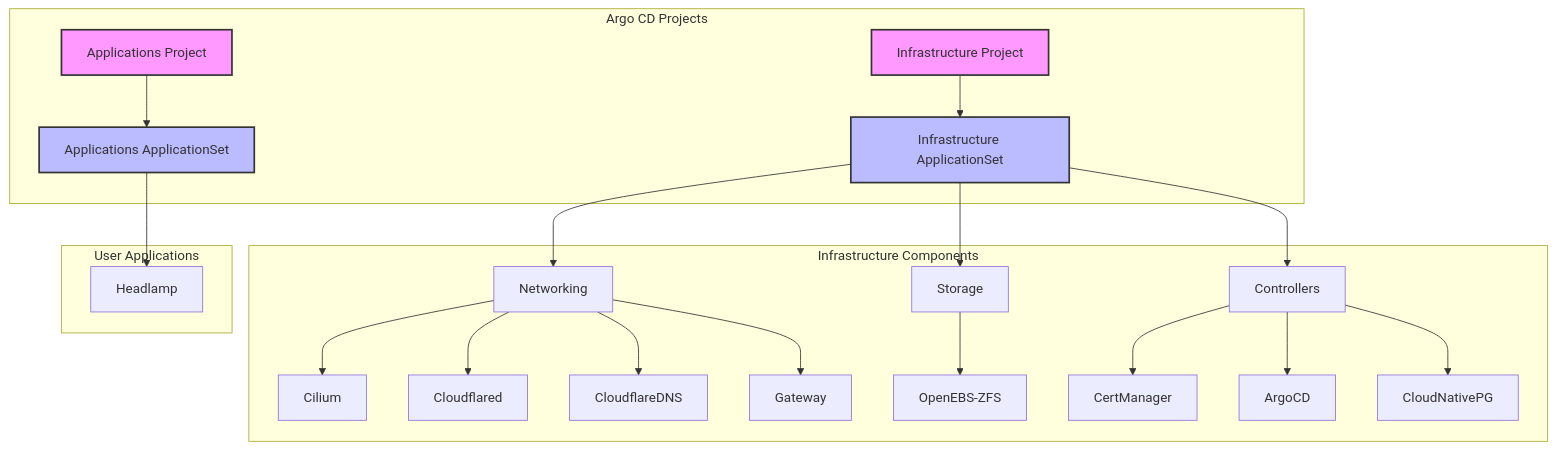
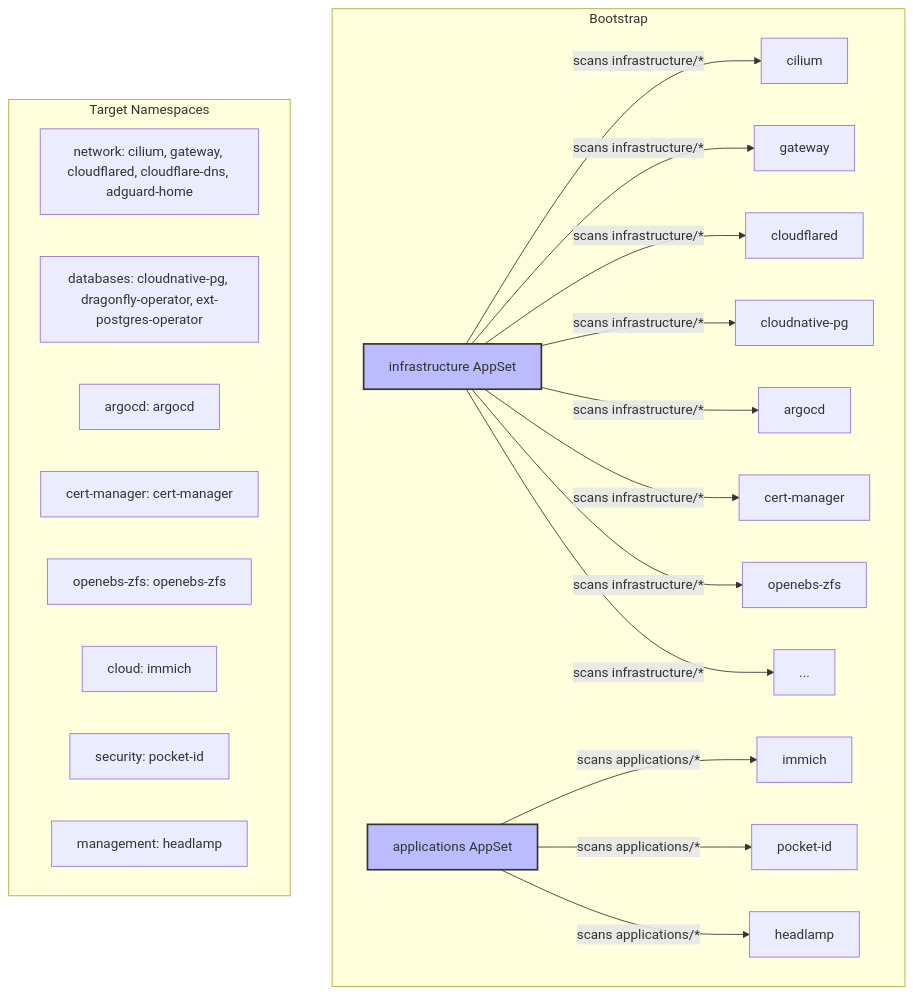
One commit to meelas24/meelas-cluster changed the diagram in README.md. Above: the diagram before and after it, drawn with Mermaid. The commit also changed other lines of this file and 95 other files, not shown here.

Commit message:
flatten directory structure, consolidate AppSets, update bootstrap

````diff
--- a/README.md
+++ b/README.md
@@ -16,33 +18,30 @@
 ```mermaid
 graph TD
-    subgraph "Argo CD Projects"
-        IP[Infrastructure Project] --> IAS[Infrastructure ApplicationSet]
-        AP[Applications Project] --> AAS[Applications ApplicationSet]
-    end
-    
-    subgraph "Infrastructure Components"
-        IAS --> N[Networking]
-        IAS --> S[Storage]
-        IAS --> C[Controllers]
-        
-        N --> Cilium
-        N --> Cloudflared
-        N --> CloudflareDNS
-        N --> Gateway
-        
-        S --> OpenEBS-ZFS
-        
-        C --> CertManager
-        C --> ArgoCD
-        C --> CloudNativePG
-    end
-    
-    subgraph "User Applications"
-        AAS --> Headlamp
+    subgraph "Bootstrap"
+        IAS[infrastructure AppSet] -->|scans infrastructure/*| C1[cilium]
+        IAS -->|scans infrastructure/*| C2[gateway]
+        IAS -->|scans infrastructure/*| C3[cloudflared]
+        IAS -->|scans infrastructure/*| C4[cloudnative-pg]
+        IAS -->|scans infrastructure/*| C5[argocd]
+        IAS -->|scans infrastructure/*| C6[cert-manager]
+        IAS -->|scans infrastructure/*| C7[openebs-zfs]
+        IAS -->|scans infrastructure/*| C8[...]
+        AAS[applications AppSet] -->|scans applications/*| A1[immich]
+        AAS -->|scans applications/*| A2[pocket-id]
+        AAS -->|scans applications/*| A3[headlamp]
     end
 
-    style IP fill:#f9f,stroke:#333,stroke-width:2px
-    style AP fill:#f9f,stroke:#333,stroke-width:2px
+    subgraph "Target Namespaces"
+        N1[network: cilium, gateway, cloudflared, cloudflare-dns, adguard-home]
+        N2[databases: cloudnative-pg, dragonfly-operator, ext-postgres-operator]
+        N3[argocd: argocd]
+        N4[cert-manager: cert-manager]
+        N5[openebs-zfs: openebs-zfs]
+        N6[cloud: immich]
+        N7[security: pocket-id]
+        N8[management: headlamp]
+    end
+
     style IAS fill:#bbf,stroke:#333,stroke-width:2px
     style AAS fill:#bbf,stroke:#333,stroke-width:2px
 ```
````
